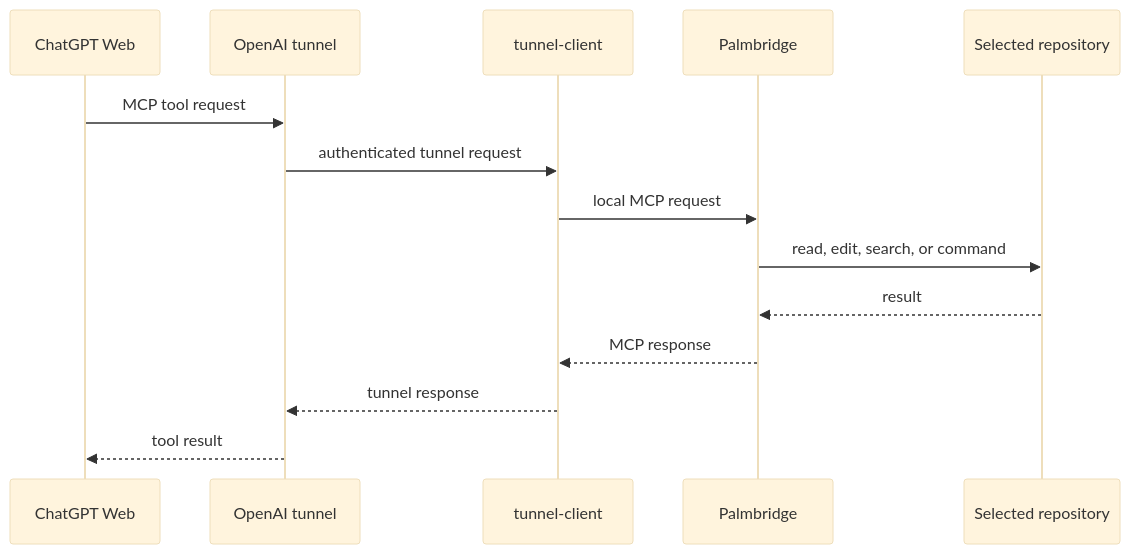
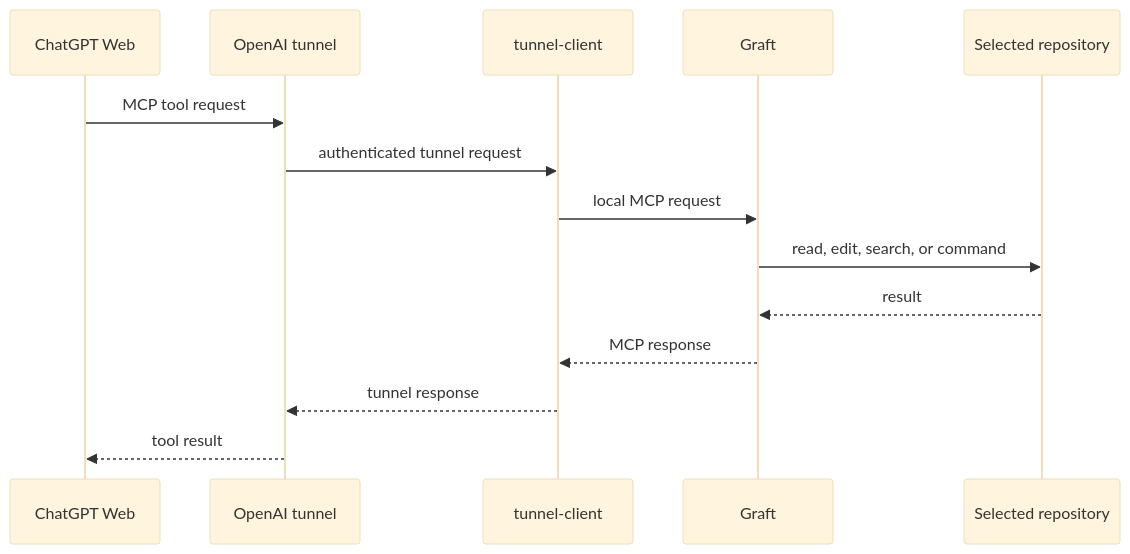
One commit to KhanhD1nh/palmbridge changed the diagram in README.md. Above: the diagram before and after it, drawn with Mermaid (base theme). The commit also changed other lines of this file and 25 other files, not shown here.

Commit message:
feat: rename Palmbridge to Graft

````diff
--- a/README.md
+++ b/README.md
@@ -18,16 +20,16 @@
 ```mermaid
 sequenceDiagram
     participant C as ChatGPT Web
     participant T as OpenAI tunnel
     participant TC as tunnel-client
-    participant P as Palmbridge
+    participant P as Graft
     participant R as Selected repository
     C->>T: MCP tool request
     T->>TC: authenticated tunnel request
     TC->>P: local MCP request
     P->>R: read, edit, search, or command
     R-->>P: result
     P-->>TC: MCP response
     TC-->>T: tunnel response
     T-->>C: tool result
 ```
````
